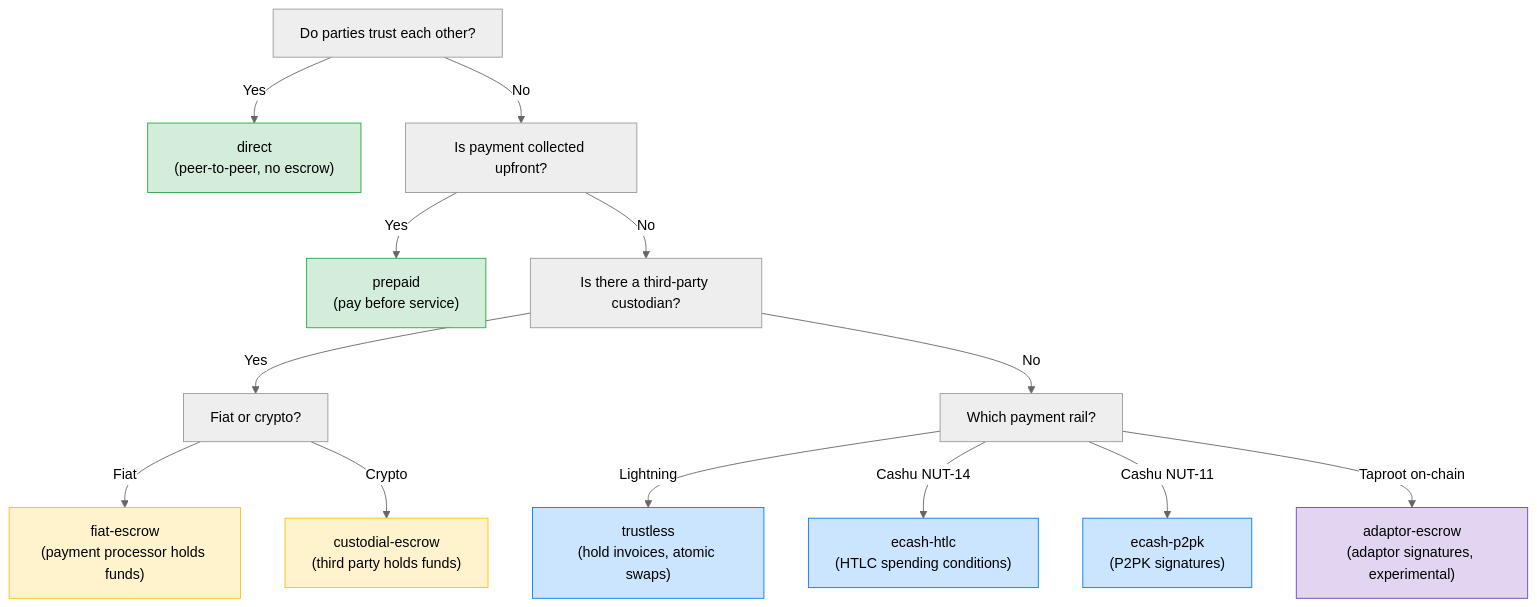
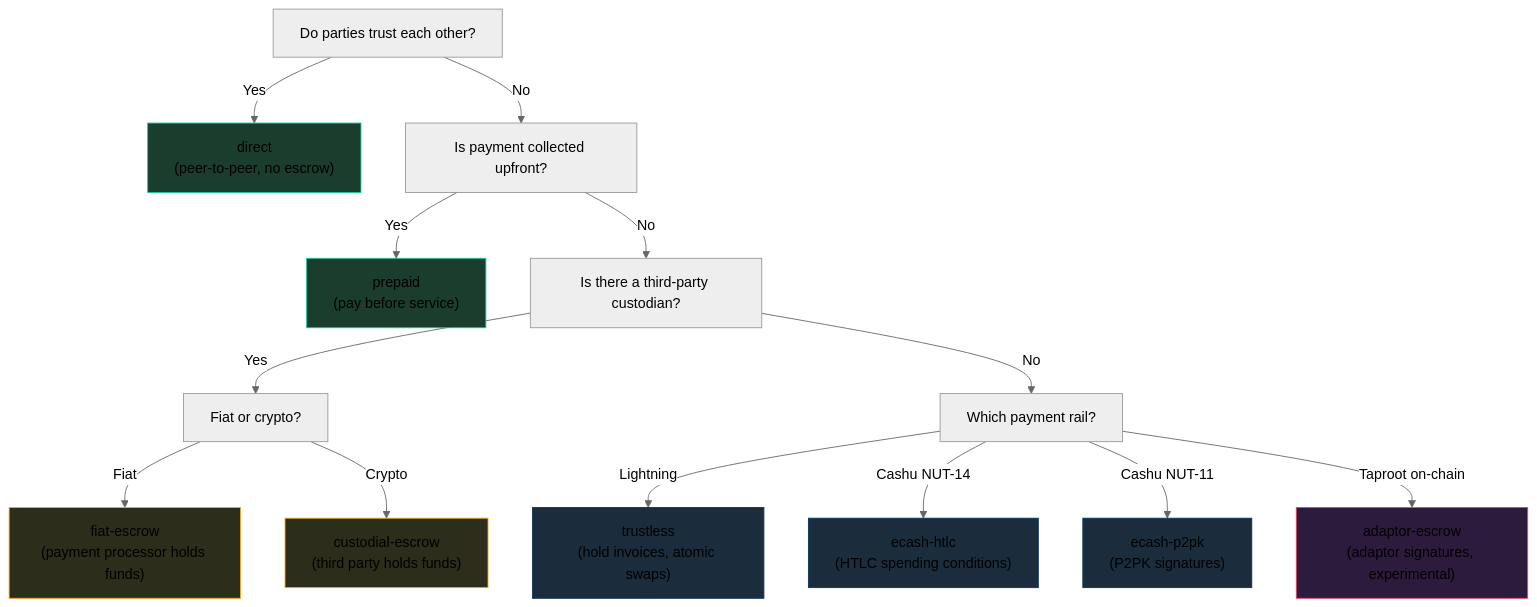
The first of 3 diagrams in NIP-QUOTE.md (forgesworn/nip-drafts), drawn with Mermaid (neutral theme) before and after one commit. The commit also changed 3 other files, not shown here.

Commit message:
fix: dark theme colours in inline Mermaid blocks (markdown files)

````diff
--- a/NIP-QUOTE.md
+++ b/NIP-QUOTE.md
@@ -155,24 +155,24 @@
 ```mermaid
 flowchart TD
     A["Do parties trust each other?"] -->|Yes| D["direct\n(peer-to-peer, no escrow)"]
     A -->|No| B["Is payment collected upfront?"]
     B -->|Yes| P["prepaid\n(pay before service)"]
     B -->|No| C["Is there a third-party custodian?"]
     C -->|Yes| E["Fiat or crypto?"]
     E -->|Fiat| F["fiat-escrow\n(payment processor holds funds)"]
     E -->|Crypto| G["custodial-escrow\n(third party holds funds)"]
     C -->|No| H["Which payment rail?"]
     H -->|Lightning| T["trustless\n(hold invoices, atomic swaps)"]
     H -->|"Cashu NUT-14"| HTLC["ecash-htlc\n(HTLC spending conditions)"]
     H -->|"Cashu NUT-11"| P2PK["ecash-p2pk\n(P2PK signatures)"]
     H -->|"Taproot on-chain"| AS["adaptor-escrow\n(adaptor signatures, experimental)"]
 
-    style D fill:#d4edda,stroke:#28a745
-    style P fill:#d4edda,stroke:#28a745
-    style F fill:#fff3cd,stroke:#ffc107
-    style G fill:#fff3cd,stroke:#ffc107
-    style T fill:#cce5ff,stroke:#007bff
-    style HTLC fill:#cce5ff,stroke:#007bff
-    style P2PK fill:#cce5ff,stroke:#007bff
-    style AS fill:#e2d5f1,stroke:#6f42c1
+    style D fill:#1b3d2d,stroke:#16c79a
+    style P fill:#1b3d2d,stroke:#16c79a
+    style F fill:#2d2d1b,stroke:#f5a623
+    style G fill:#2d2d1b,stroke:#f5a623
+    style T fill:#1b2d3d,stroke:#0f3460
+    style HTLC fill:#1b2d3d,stroke:#0f3460
+    style P2PK fill:#1b2d3d,stroke:#0f3460
+    style AS fill:#2d1b3d,stroke:#e94560
 ```
````
